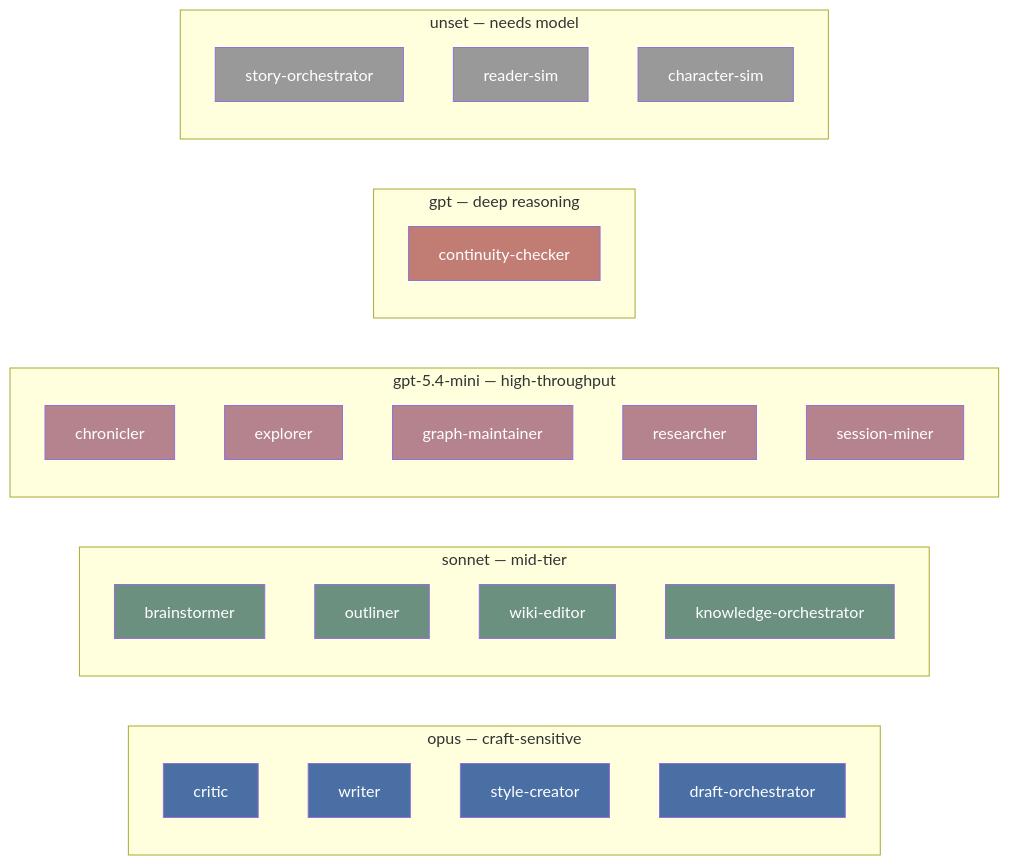
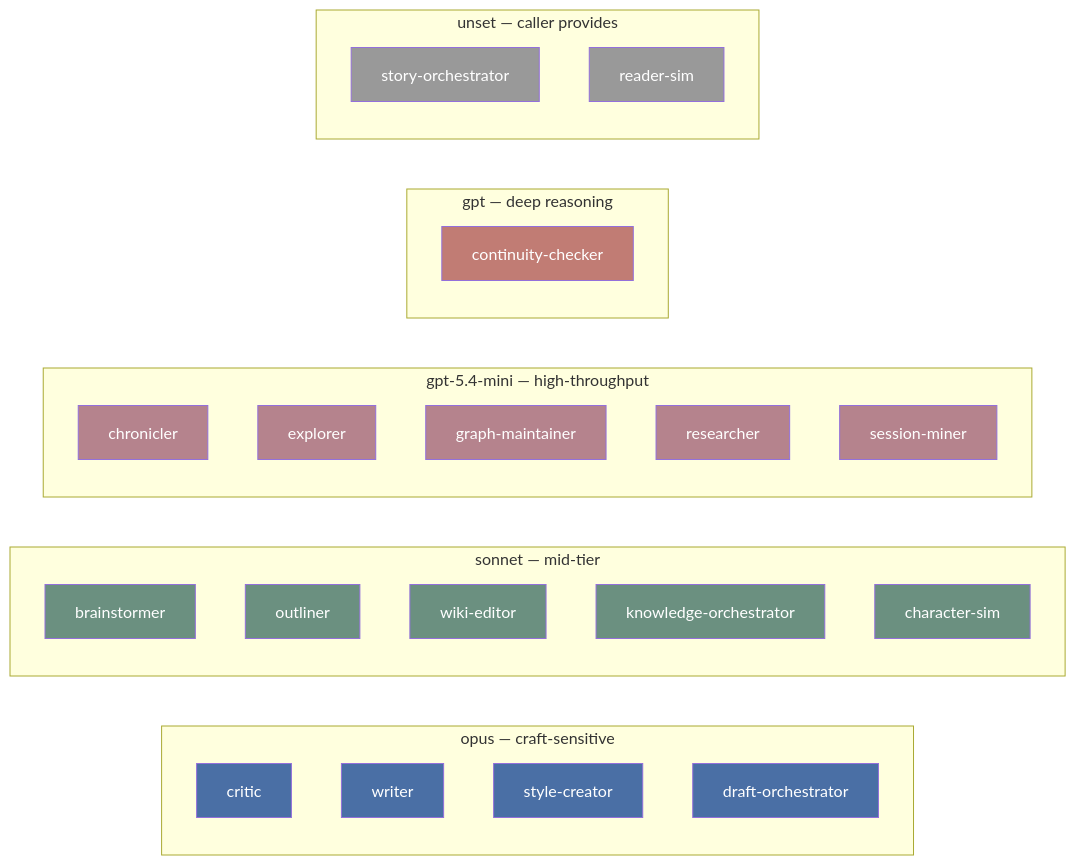
The third of 4 diagrams in docs/architecture.md (haowjy/creative-writing-skills), drawn with Mermaid before and after one commit. The commit also changed other lines of this file and 9 other files, not shown here.

````diff
--- a/docs/architecture.md
+++ b/docs/architecture.md
@@ -180,46 +175,46 @@
 ```mermaid
 graph LR
     subgraph "opus — craft-sensitive"
         CR[critic]
         WR[writer]
         SC[style-creator]
         DO[draft-orchestrator]
     end
 
     subgraph "sonnet — mid-tier"
         BS[brainstormer]
         OL[outliner]
         WE[wiki-editor]
         KO[knowledge-orchestrator]
+        CS[character-sim]
     end
 
     subgraph "gpt-5.4-mini — high-throughput"
         CH[chronicler]
         EX[explorer]
         GM[graph-maintainer]
         RE[researcher]
         SM[session-miner]
     end
 
     subgraph "gpt — deep reasoning"
         CC[continuity-checker]
     end
 
-    subgraph "unset — needs model"
+    subgraph "unset — caller provides"
         SO[story-orchestrator]
         RS[reader-sim]
-        CS[character-sim]
     end
 
     classDef opus fill:#4a6fa5,color:#fff
     classDef sonnet fill:#6b9080,color:#fff
     classDef mini fill:#b5838d,color:#fff
     classDef gpt fill:#c17c74,color:#fff
     classDef unset fill:#999,color:#fff
 
     class CR,WR,SC,DO opus
-    class BS,OL,WE,KO sonnet
+    class BS,OL,WE,KO,CS sonnet
     class CH,EX,GM,RE,SM mini
     class CC gpt
-    class SO,RS,CS unset
+    class SO,RS unset
 ```
````
